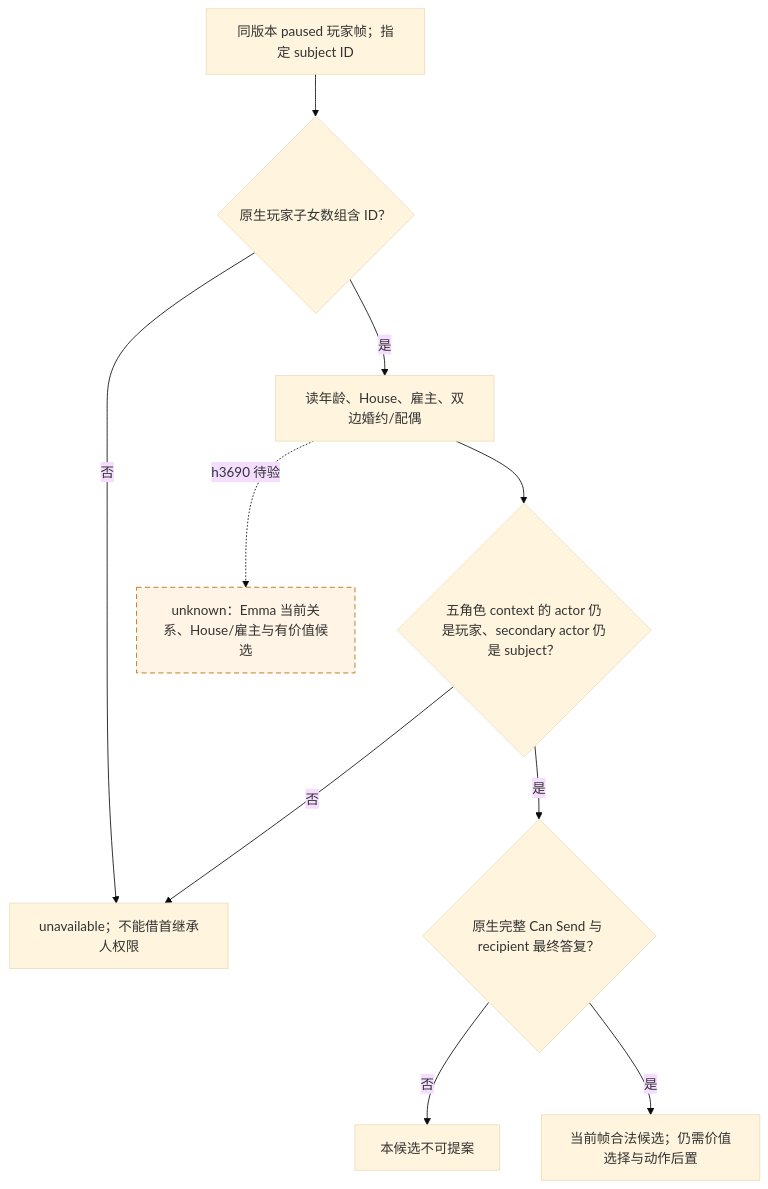
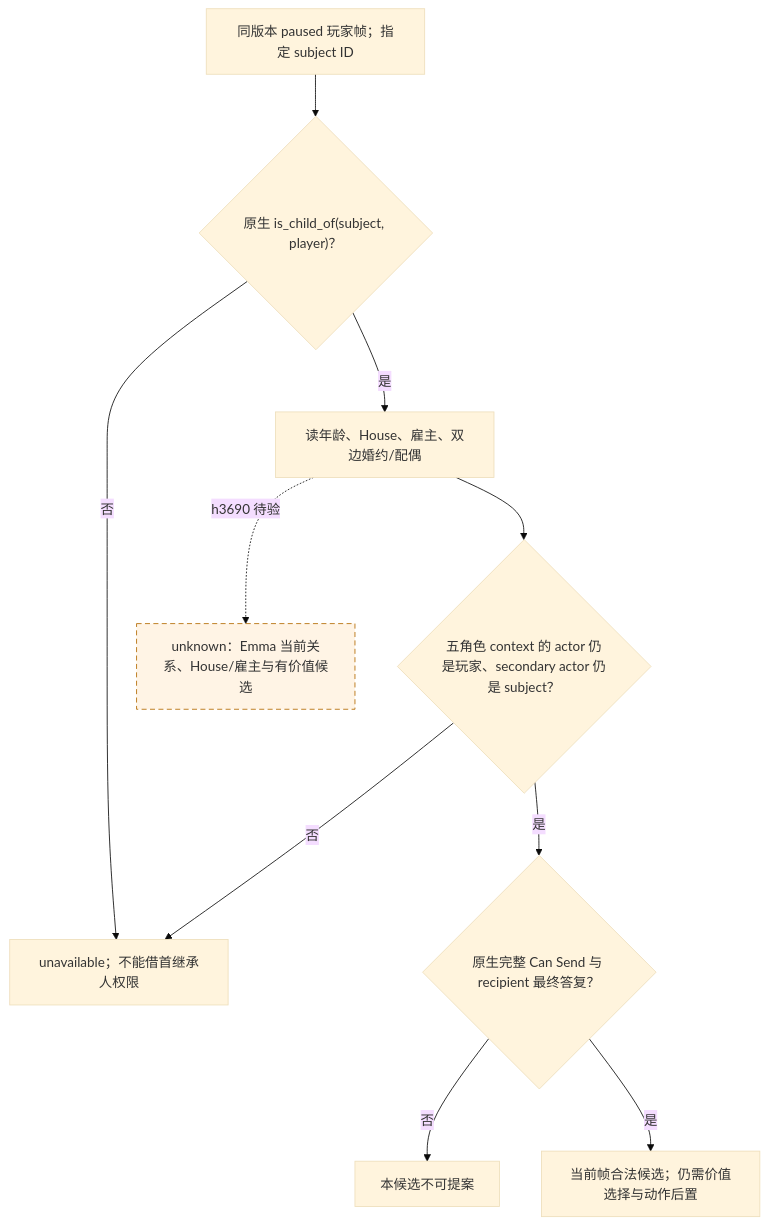
Before and after one commit to XenoAmess/ck3_eternal_recurrence: the first of 13 diagrams in docs/ck3-native-ai/marriage-and-alliance.md, drawn with Mermaid (base theme). The commit also changed other lines of this file and 4 other files, not shown here.

````diff
--- a/docs/ck3-native-ai/marriage-and-alliance.md
+++ b/docs/ck3-native-ai/marriage-and-alliance.md
@@ -9,14 +9,14 @@
 ```mermaid
 flowchart TD
-    A["同版本 paused 玩家帧；指定 subject ID"] --> B{"原生玩家子女数组含 ID？"}
+    A["同版本 paused 玩家帧；指定 subject ID"] --> B{"原生 is_child_of(subject, player)？"}
     B -->|否| X["unavailable；不能借首继承人权限"]
     B -->|是| C["读年龄、House、雇主、双边婚约/配偶"]
     C --> D{"五角色 context 的 actor 仍是玩家、secondary actor 仍是 subject？"}
     D -->|否| X
     D -->|是| E{"原生完整 Can Send 与 recipient 最终答复？"}
     E -->|否| F["本候选不可提案"]
     E -->|是| G["当前帧合法候选；仍需价值选择与动作后置"]
     C -. "h3690 待验" .-> U["unknown：Emma 当前关系、House/雇主与有价值候选"]
     classDef unknown stroke-dasharray: 6 4,fill:#fff4e5,stroke:#b36b00;
     class U unknown;
 ```
````
